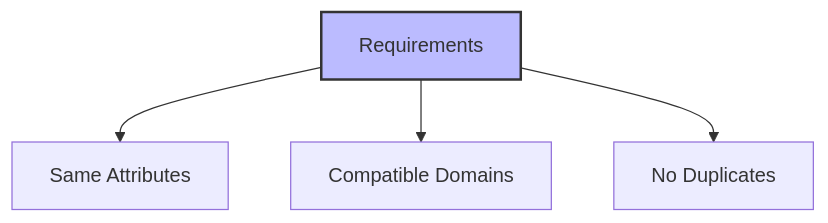
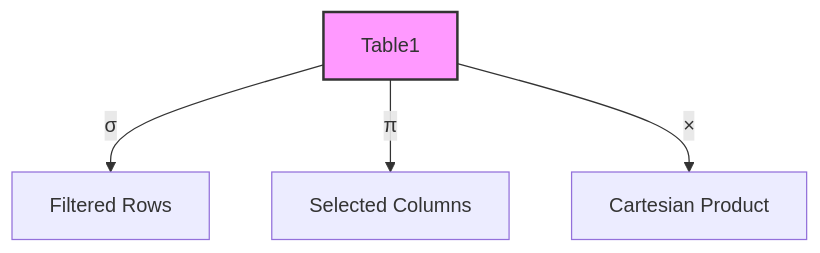
Before and after one commit to fistasolutions/learn-database-unicorndevelopers: the diagram in 12Relationalalgebra.md, drawn with Mermaid. The commit also changed other lines of this file and 37 other files, not shown here.

````diff
--- a/12Relationalalgebra.md
+++ b/12Relationalalgebra.md
@@ -77,7 +52,7 @@
 ```mermaid
 graph TD
-    A[Requirements] --> B[Same Attributes]
-    A --> C[Compatible Domains]
-    A --> D[No Duplicates]
-    style A fill:#bbf,stroke:#333,stroke-width:2px
+    A[Table1] -->|σ| B[Filtered Rows]
+    A -->|π| C[Selected Columns]
+    A -->|×| D[Cartesian Product]
+    style A fill:#f9f,stroke:#333,stroke-width:2px
 ```
````
